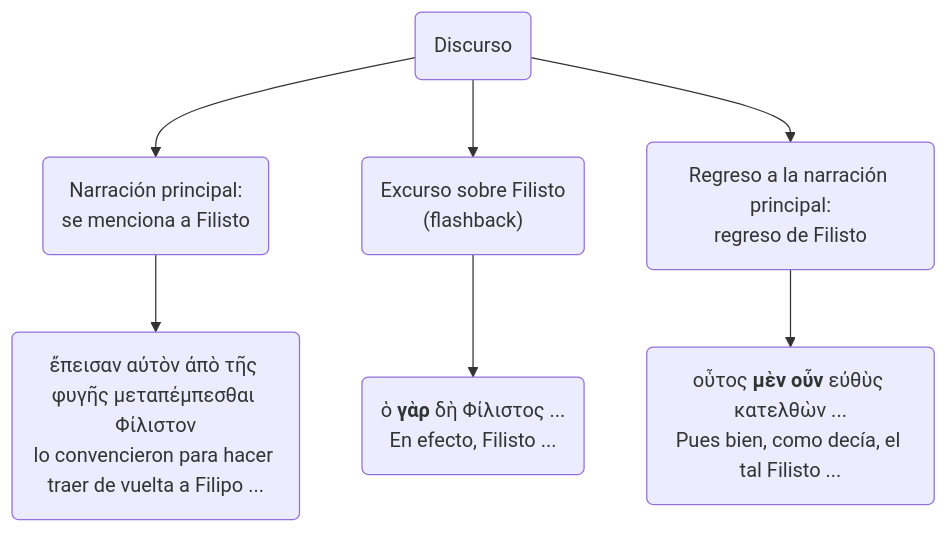
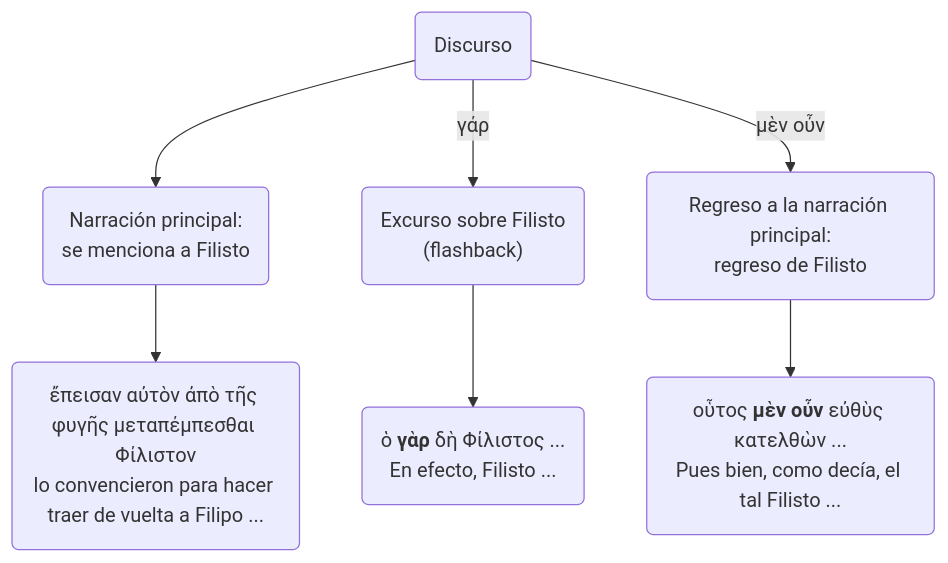
One commit to pajaro1966/Asignaturas changed the ninth of 11 diagrams in docs/Plutarch_Dion/Dion.md. Above: the diagram before and after it, drawn with Mermaid. The commit also changed other lines of this file and 4 other files, not shown here.

````diff
--- a/docs/Plutarch_Dion/Dion.md
+++ b/docs/Plutarch_Dion/Dion.md
@@ -634,13 +630,9 @@
     ```mermaid
-    
     graph TB
-
     A("Narración principal:<br>se menciona a Filisto")-->A1("ἔπεισαν αὐτὸν ἀπὸ τῆς φυγῆς μεταπέμπεσθαι Φίλιστον<br>"lo convencieron para hacer traer de vuelta a Filipo ..."")
     B("Excurso sobre Filisto<br>(flashback)")-->B1("ὁ <b>γὰρ</b> δὴ Φίλιστος ...<br>"En efecto, Filisto ..."")
     C("Regreso a la narración principal:<br>regreso de Filisto")-->C1("οὗτος <b>μὲν οὖν</b> εὐθὺς κατελθὼν ...<br>"Pues bien, como decía, el tal Filisto ..."")
-
     0("Discurso")-->A
-    0-->B
-    0-->C
-
+    0-->|"γάρ"|B
+    0-->|"μὲν οὖν"|C
     ```
````
